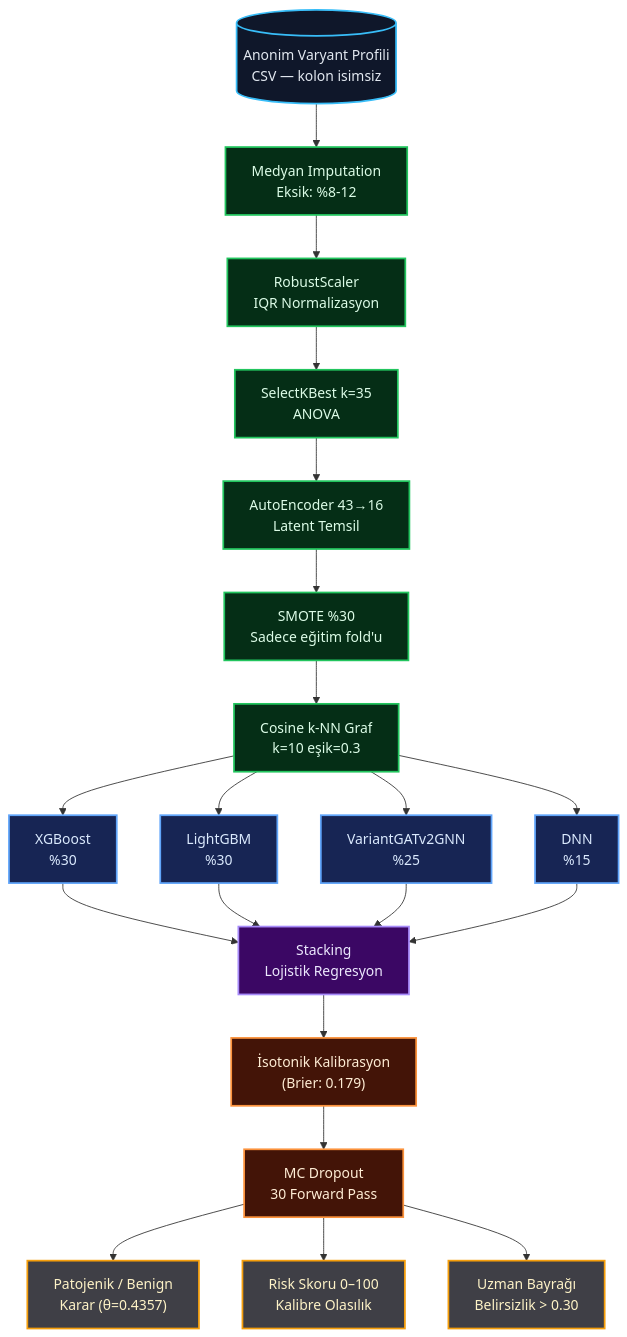
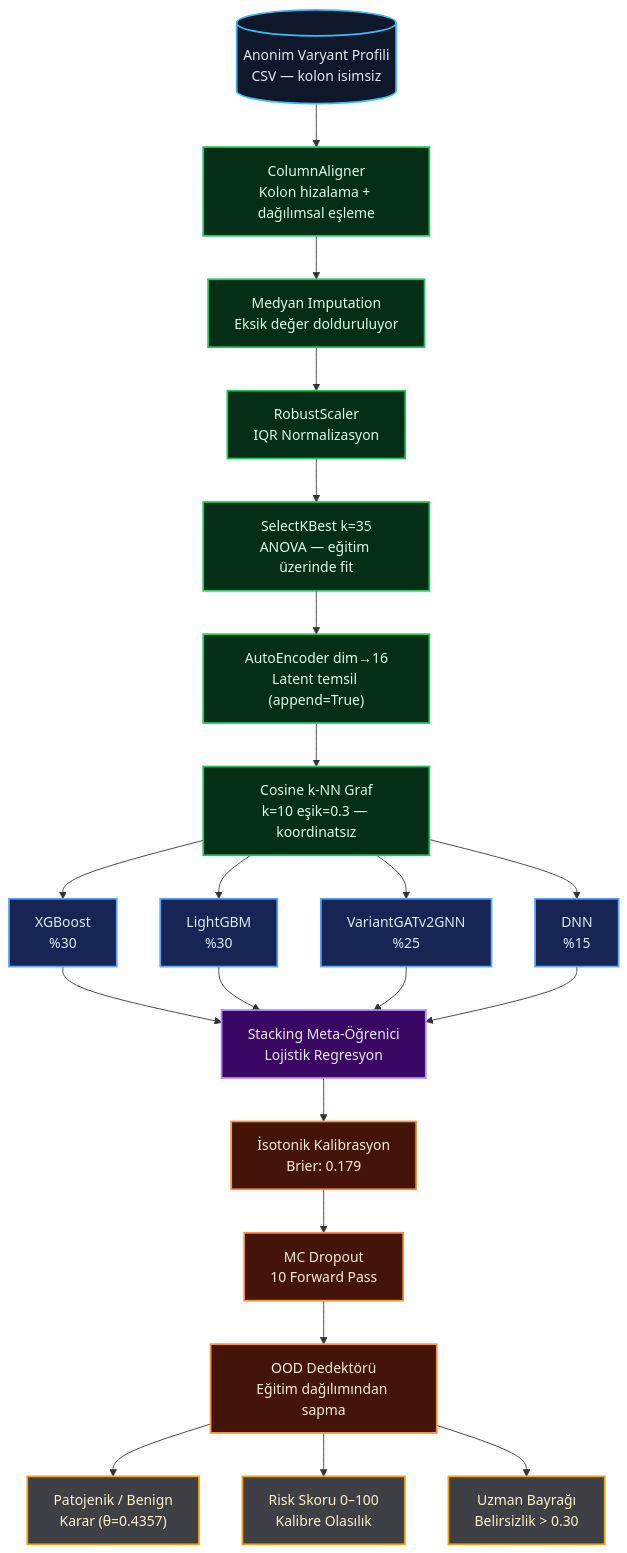
The first of 6 diagrams in README.md (msgxr/VARIANT-GNN), drawn with Mermaid before and after one commit. The commit also changed other lines of this file, not shown here.

````diff
--- a/README.md
+++ b/README.md
@@ -108,35 +113,36 @@
 ```mermaid
 graph TD
     classDef giriş fill:#0f172a,stroke:#38bdf8,stroke-width:2px,color:#e2e8f0
     classDef onisleme fill:#052e16,stroke:#22c55e,stroke-width:2px,color:#dcfce7
     classDef model fill:#172554,stroke:#60a5fa,stroke-width:2px,color:#dbeafe
     classDef birlesim fill:#3b0764,stroke:#a78bfa,stroke-width:2px,color:#ede9fe
     classDef guven fill:#431407,stroke:#fb923c,stroke-width:2px,color:#ffedd5
     classDef cikti fill:#3f3f46,stroke:#f59e0b,stroke-width:2px,color:#fef3c7
 
     A[("Anonim Varyant Profili\nCSV — kolon isimsiz")]:::giriş
 
-    A --> B1["Medyan Imputation\nEksik: %8-12"]:::onisleme
+    A --> B0["ColumnAligner\nKolon hizalama + dağılımsal eşleme"]:::onisleme
+    B0 --> B1["Medyan Imputation\nEksik değer dolduruluyor"]:::onisleme
     B1 --> B2["RobustScaler\nIQR Normalizasyon"]:::onisleme
-    B2 --> B3["SelectKBest k=35\nANOVA"]:::onisleme
-    B3 --> B4["AutoEncoder 43→16\nLatent Temsil"]:::onisleme
-    B4 --> B5["SMOTE %30\nSadece eğitim fold'u"]:::onisleme
-    B5 --> B6["Cosine k-NN Graf\nk=10 eşik=0.3"]:::onisleme
+    B2 --> B3["SelectKBest k=35\nANOVA — eğitim üzerinde fit"]:::onisleme
+    B3 --> B4["AutoEncoder dim→16\nLatent temsil (append=True)"]:::onisleme
+    B4 --> B5["Cosine k-NN Graf\nk=10 eşik=0.3 — koordinatsız"]:::onisleme
 
-    B6 --> M1["XGBoost\n%30"]:::model
-    B6 --> M2["LightGBM\n%30"]:::model
-    B6 --> M3["VariantGATv2GNN\n%25"]:::model
-    B6 --> M4["DNN\n%15"]:::model
+    B5 --> M1["XGBoost\n%30"]:::model
+    B5 --> M2["LightGBM\n%30"]:::model
+    B5 --> M3["VariantGATv2GNN\n%25"]:::model
+    B5 --> M4["DNN\n%15"]:::model
 
-    M1 --> S["Stacking\nLojistik Regresyon"]:::birlesim
+    M1 --> S["Stacking Meta-Öğrenici\nLojistik Regresyon"]:::birlesim
     M2 --> S
     M3 --> S
     M4 --> S
 
-    S --> K["İsotonik Kalibrasyon\n(Brier: 0.179)"]:::guven
-    K --> U["MC Dropout\n30 Forward Pass"]:::guven
+    S --> K["İsotonik Kalibrasyon\nBrier: 0.179"]:::guven
+    K --> U["MC Dropout\n10 Forward Pass"]:::guven
+    U --> OOD["OOD Dedektörü\nEğitim dağılımından sapma"]:::guven
 
-    U --> OUT1["Patojenik / Benign\nKarar (θ=0.4357)"]:::cikti
-    U --> OUT2["Risk Skoru 0–100\nKalibre Olasılık"]:::cikti
-    U --> OUT3["Uzman Bayrağı\nBelirsizlik > 0.30"]:::cikti
+    OOD --> OUT1["Patojenik / Benign\nKarar (θ=0.4357)"]:::cikti
+    OOD --> OUT2["Risk Skoru 0–100\nKalibre Olasılık"]:::cikti
+    OOD --> OUT3["Uzman Bayrağı\nBelirsizlik > 0.30"]:::cikti
 ```
````
